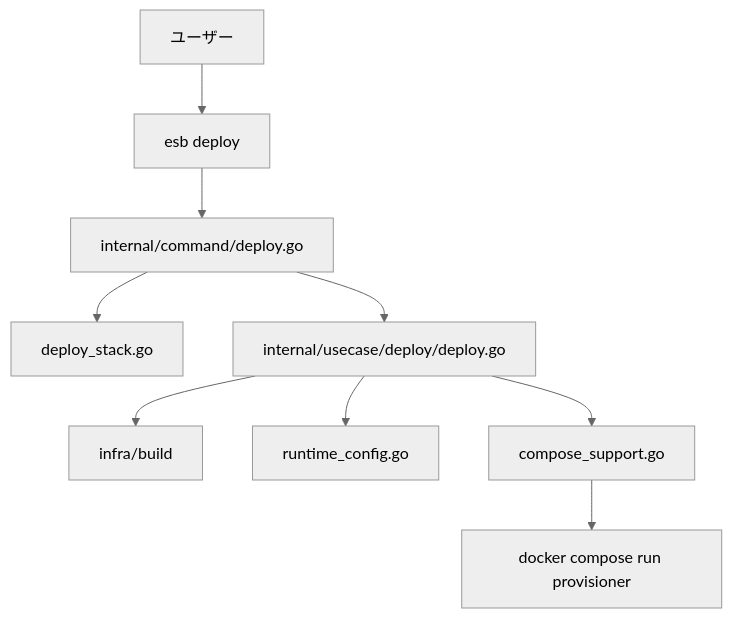
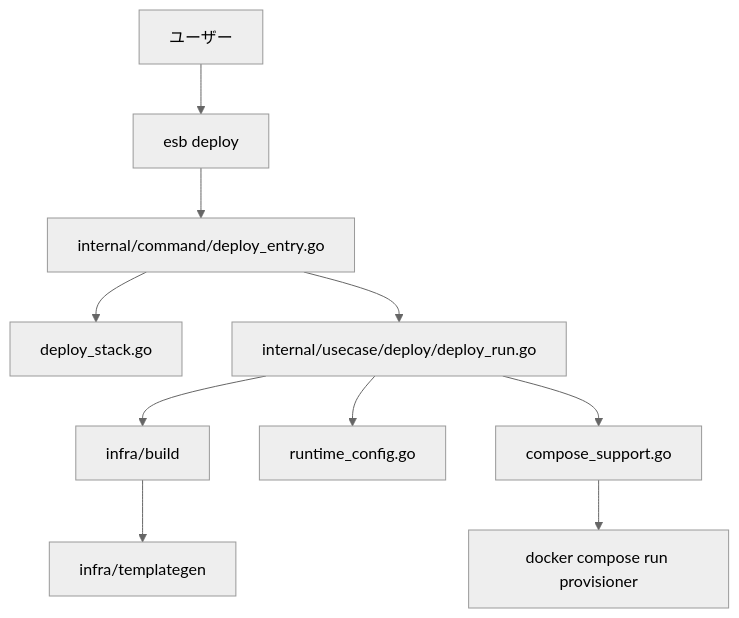
One commit to poruru-code/esb-cli changed the diagram in docs/architecture.md. Above: the diagram before and after it, drawn with Mermaid (neutral theme). The commit also changed other lines of this file and 105 other files, not shown here.

````diff
--- a/docs/architecture.md
+++ b/docs/architecture.md
@@ -18,11 +18,12 @@
 ```mermaid
 graph TD
     User[ユーザー] --> CLI[esb deploy]
-    CLI --> Command[internal/command/deploy.go]
+    CLI --> Command[internal/command/deploy_entry.go]
     Command --> Stack[deploy_stack.go]
-    Command --> Usecase[internal/usecase/deploy/deploy.go]
+    Command --> Usecase[internal/usecase/deploy/deploy_run.go]
     Usecase --> Build[infra/build]
+    Build --> TemplateGen[infra/templategen]
     Usecase --> RuntimeSync[runtime_config.go]
     Usecase --> ComposeSupport[compose_support.go]
     ComposeSupport --> Provisioner[docker compose run provisioner]
 ```
````
